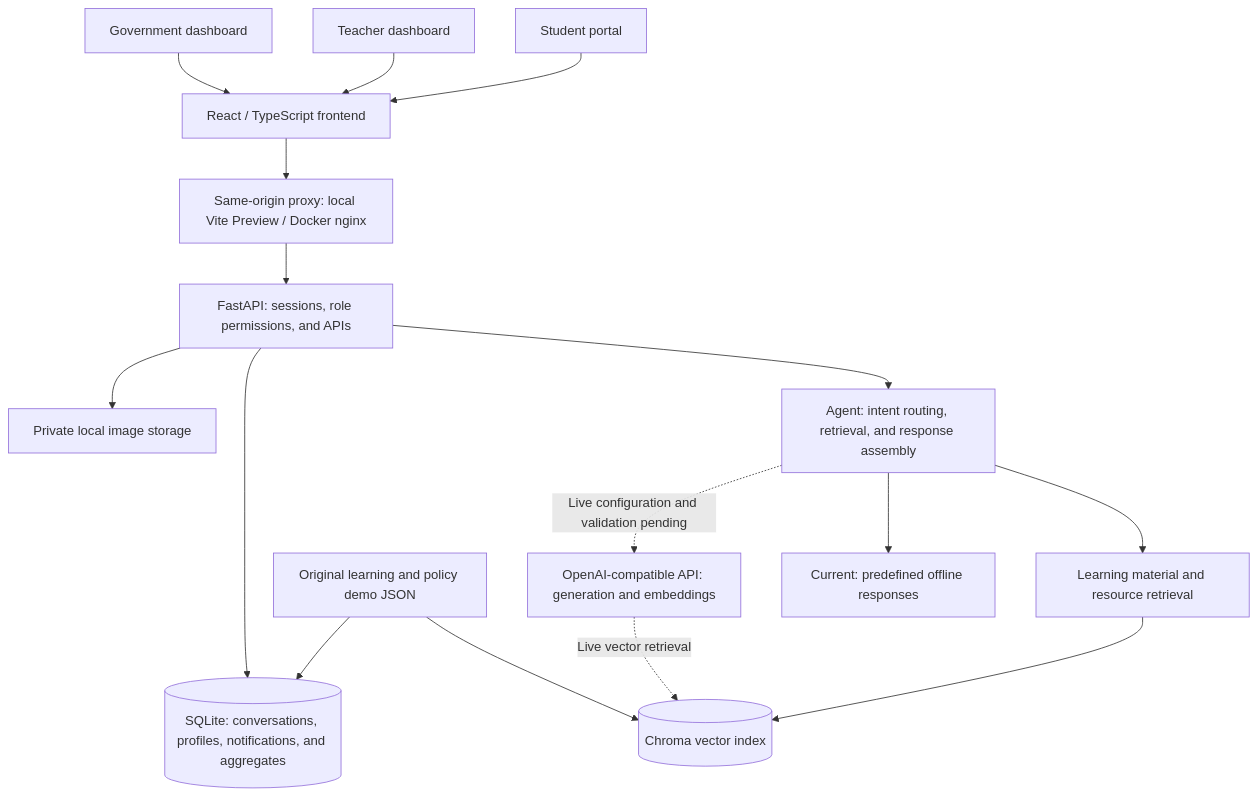
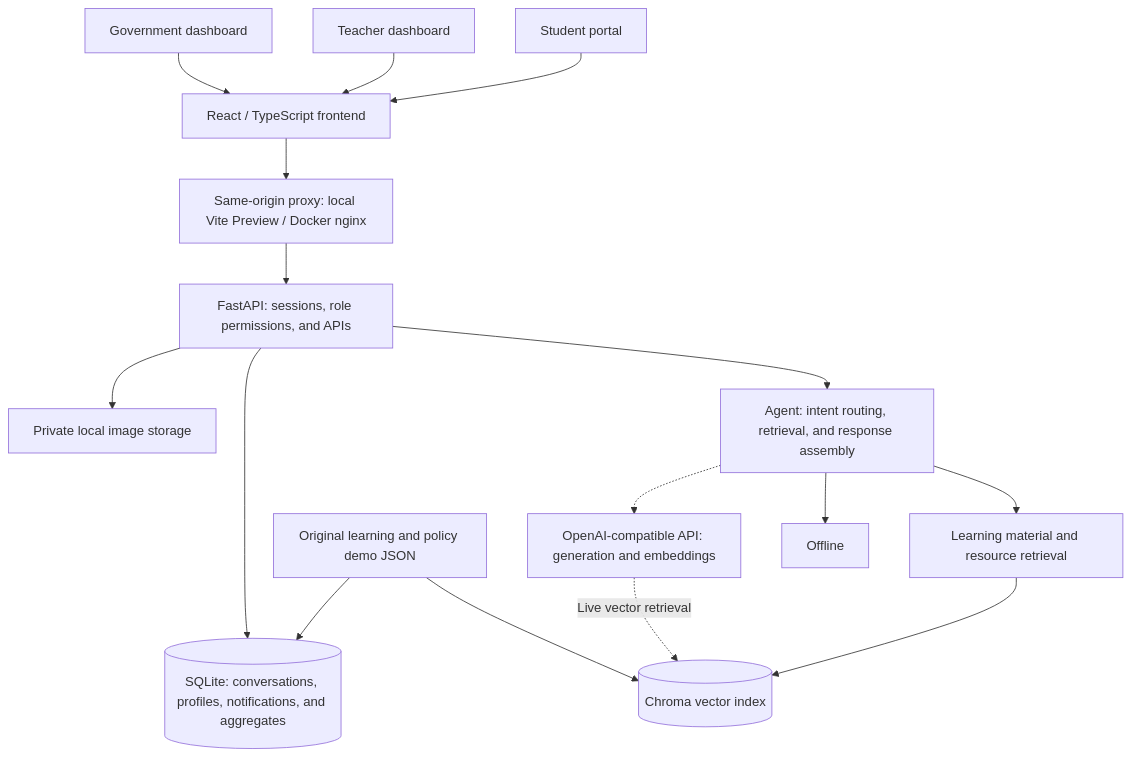
The diagram in README.en.md (Jo-Leo-35/Fellow), drawn with Mermaid before and after one commit. The commit also changed other lines of this file and 17 other files, not shown here.

````diff
--- a/README.en.md
+++ b/README.en.md
@@ -36,18 +36,18 @@
 ```mermaid
 flowchart TD
     Student[Student portal] --> Web[React / TypeScript frontend]
     Teacher[Teacher dashboard] --> Web
     Government[Government dashboard] --> Web
     Web --> Proxy[Same-origin proxy: local Vite Preview / Docker nginx]
     Proxy --> API[FastAPI: sessions, role permissions, and APIs]
     API --> Agent[Agent: intent routing, retrieval, and response assembly]
     API --> DB[(SQLite: conversations, profiles, notifications, and aggregates)]
     API --> Files[Private local image storage]
     Agent --> RAG[Learning material and resource retrieval]
     RAG --> Chroma[(Chroma vector index)]
     Catalog[Original learning and policy demo JSON] --> Chroma
     Catalog --> DB
-    Agent --> Offline[Current: predefined offline responses]
-    Agent -. Live configuration and validation pending .-> Provider[OpenAI-compatible API: generation and embeddings]
+    Agent --> Offline
+    Agent -.-> Provider[OpenAI-compatible API: generation and embeddings]
     Provider -. Live vector retrieval .-> Chroma
 ```
````
